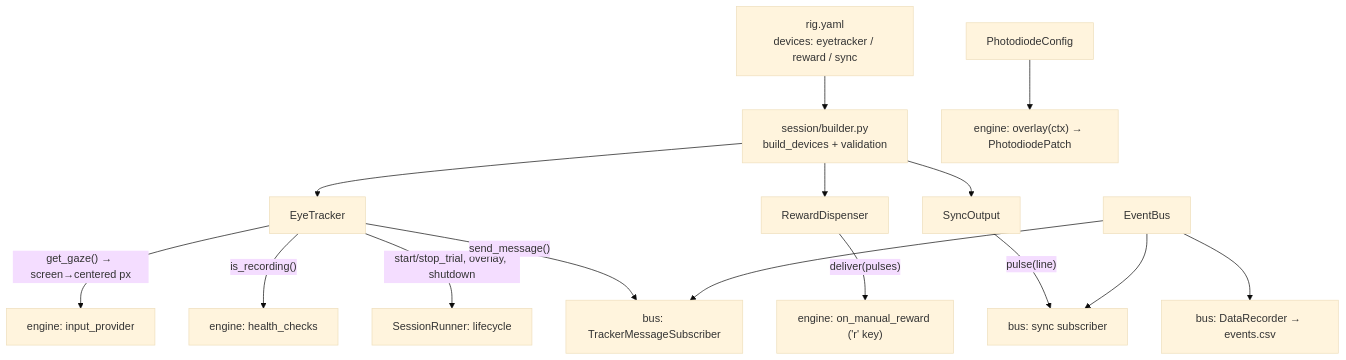
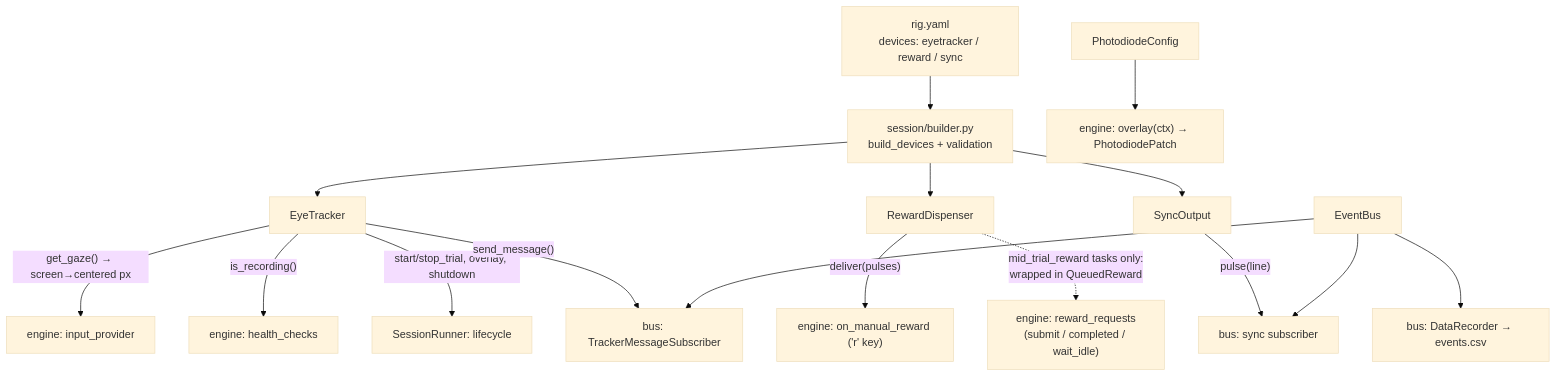
One commit to sh4r11f/alhazen changed the first of 5 diagrams in docs/architecture.md. Above: the diagram before and after it, drawn with Mermaid (base theme). The commit also changed other lines of this file and 20 other files, not shown here.

````diff
--- a/docs/architecture.md
+++ b/docs/architecture.md
@@ -218,17 +223,18 @@
 ```mermaid
 graph TB
     RIG["rig.yaml<br/>devices: eyetracker / reward / sync"] --> B["session/builder.py<br/>build_devices + validation"]
     B --> TRK["EyeTracker"]
     B --> RWD["RewardDispenser"]
     B --> SNC["SyncOutput"]
     TRK -->|"get_gaze() → screen→centered px"| IP["engine: input_provider"]
     TRK -->|"is_recording()"| HC["engine: health_checks"]
     TRK -->|"start/stop_trial, overlay, shutdown"| RUN["SessionRunner: lifecycle"]
     RWD -->|"deliver(pulses)"| MR["engine: on_manual_reward ('r' key)"]
+    RWD -.->|"mid_trial_reward tasks only:<br/>wrapped in QueuedReward"| QR["engine: reward_requests<br/>(submit / completed / wait_idle)"]
     TRK -->|"send_message()"| SUB1["bus: TrackerMessageSubscriber"]
     SNC -->|"pulse(line)"| SUB2["bus: sync subscriber"]
     BUS["EventBus"] --> SUB1
     BUS --> SUB2
     BUS --> REC["bus: DataRecorder → events.csv"]
     PD["PhotodiodeConfig"] --> OV["engine: overlay(ctx) → PhotodiodePatch"]
 ```
````
